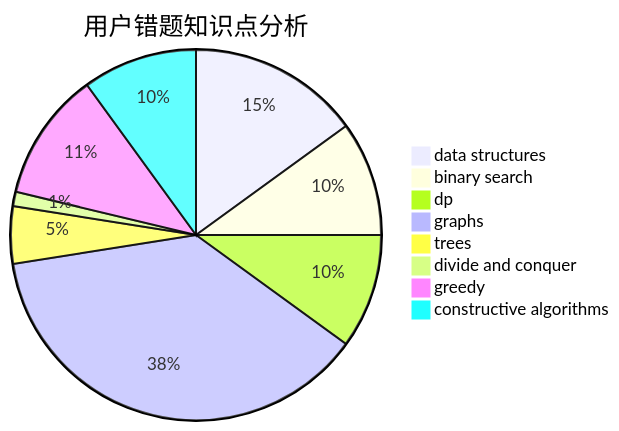
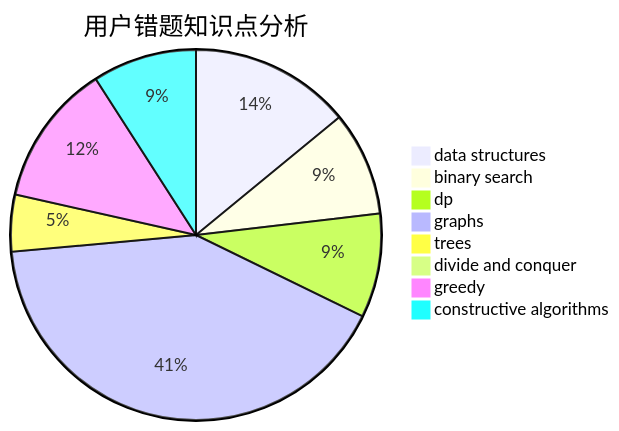
The third of 3 diagrams in docs/user/u43.md (sherpahu/cfrs.github.io), drawn with Mermaid before and after one commit. The commit also changed other lines of this file and 2770 other files, not shown here.

````diff
--- a/docs/user/u43.md
+++ b/docs/user/u43.md
@@ -36,11 +36,11 @@
 ```mermaid
 pie title 用户错题知识点分析
-    "data structures" :  12
-    "binary search" :  8
-    "dp" :  8
-    "graphs" :  30
-    "trees" :  4
+    "data structures" :  17
+    "binary search" :  11
+    "dp" :  11
+    "graphs" :  50
+    "trees" :  6
     "divide and conquer" :  1
-    "greedy" :  9
-    "constructive algorithms" :  8
+    "greedy" :  15
+    "constructive algorithms" :  11
 ```
````
